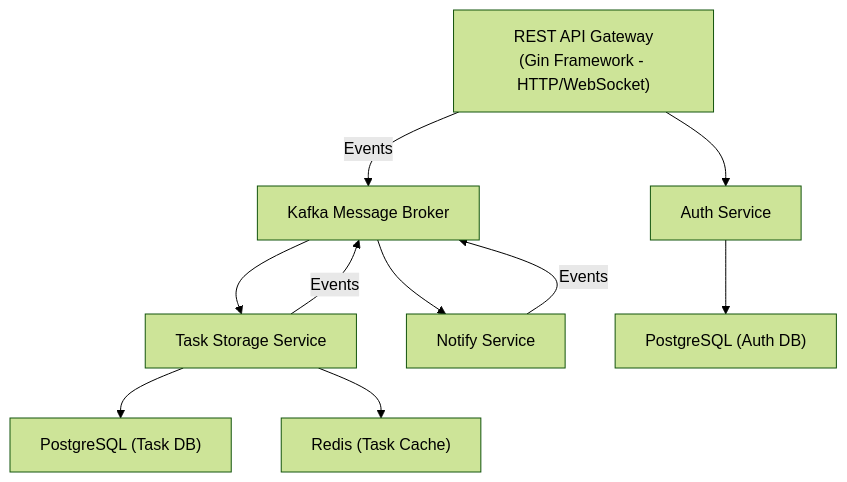
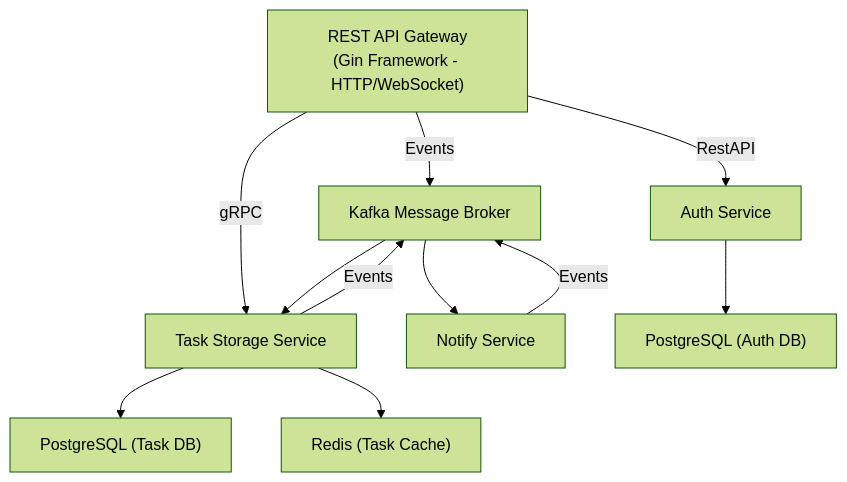
The diagram in README.md (ALipckin/task-flow-backend), drawn with Mermaid (forest theme) before and after one commit.

````diff
--- a/README.md
+++ b/README.md
@@ -8,18 +8,19 @@
 ```mermaid
 flowchart TD
     A["REST API Gateway<br/>(Gin Framework - HTTP/WebSocket)"]
 
     A -->|Events| K["Kafka Message Broker"]
     C -->|Events| K
     D -->|Events| K
 
-    A --> B["Auth Service"]
+    A --> |RestAPI| B["Auth Service"]
+    A -->|gRPC| C["Task Storage Service"]
 
     K --> C["Task Storage Service"]
     K --> D["Notify Service"]
 
     B --> E["PostgreSQL (Auth DB)"]
 
     C --> F["PostgreSQL (Task DB)"]
     C --> G["Redis (Task Cache)"]
 ```
````
